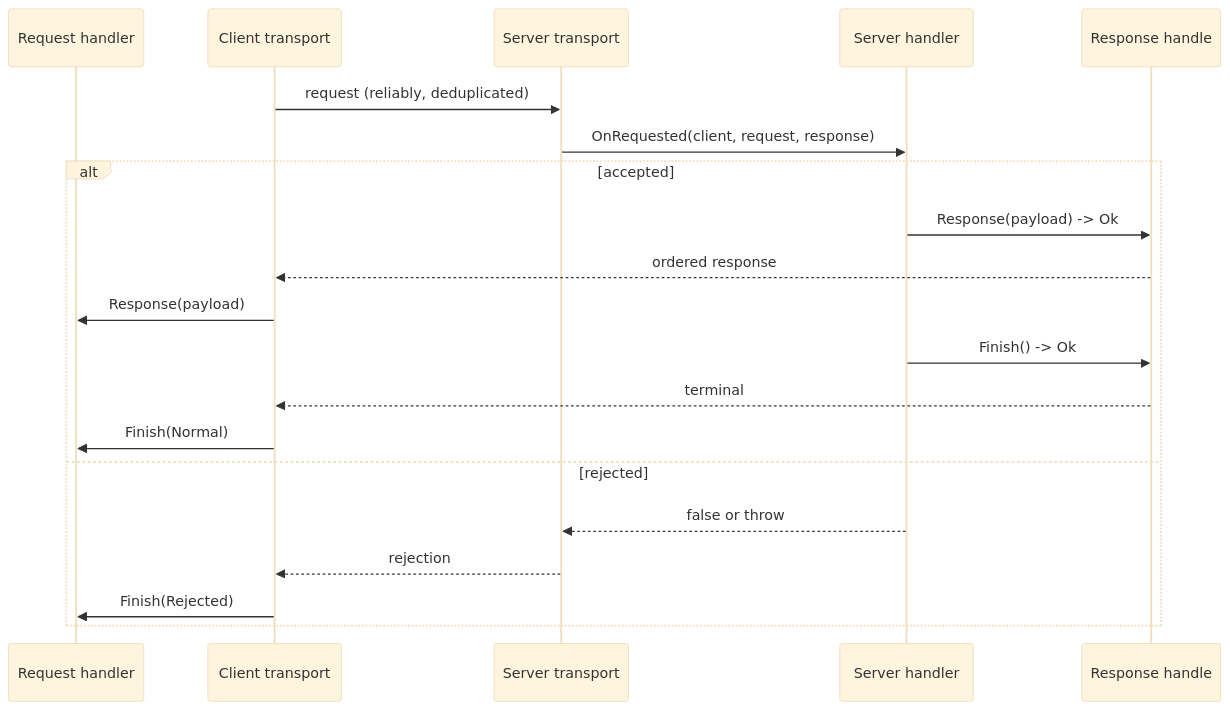
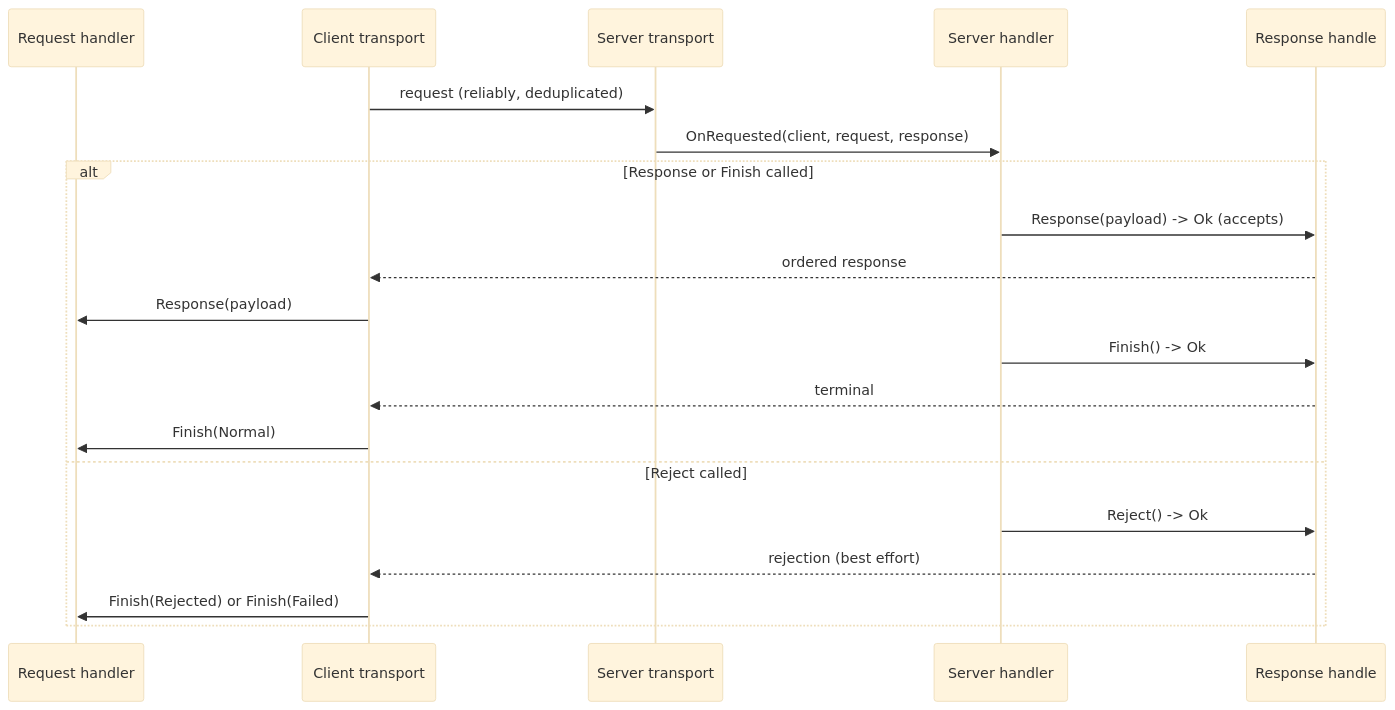
Before and after one commit to FyodorZh/Pontifex: the second of 2 diagrams in Pontifex/Abstractions/Transports/RR/Reliable/Specification.md, drawn with Mermaid (base theme). The commit also changed other lines of this file and 11 other files, not shown here.

````diff
--- a/Pontifex/Abstractions/Transports/RR/Reliable/Specification.md
+++ b/Pontifex/Abstractions/Transports/RR/Reliable/Specification.md
@@ -479,23 +550,23 @@
 ```mermaid
 sequenceDiagram
     participant C as Request handler
     participant CE as Client transport
     participant ST as Server transport
     participant S as Server handler
     participant R as Response handle
 
     CE->>ST: request (reliably, deduplicated)
     ST->>S: OnRequested(client, request, response)
-    alt accepted
-        S->>R: Response(payload) -> Ok
+    alt Response or Finish called
+        S->>R: Response(payload) -> Ok (accepts)
         R-->>CE: ordered response
         CE->>C: Response(payload)
         S->>R: Finish() -> Ok
         R-->>CE: terminal
         CE->>C: Finish(Normal)
-    else rejected
-        S-->>ST: false or throw
-        ST-->>CE: rejection
-        CE->>C: Finish(Rejected)
+    else Reject called
+        S->>R: Reject() -> Ok
+        R-->>CE: rejection (best effort)
+        CE->>C: Finish(Rejected) or Finish(Failed)
     end
 ```
````
